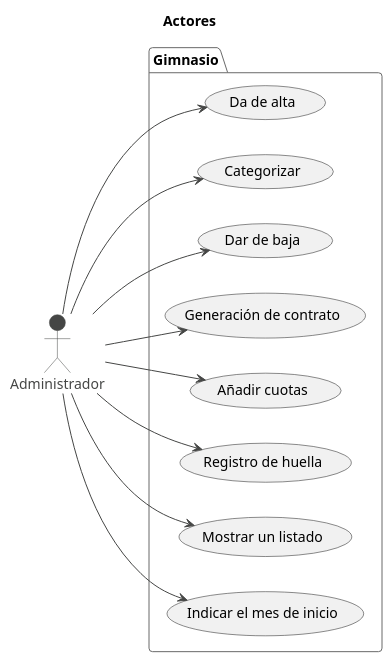
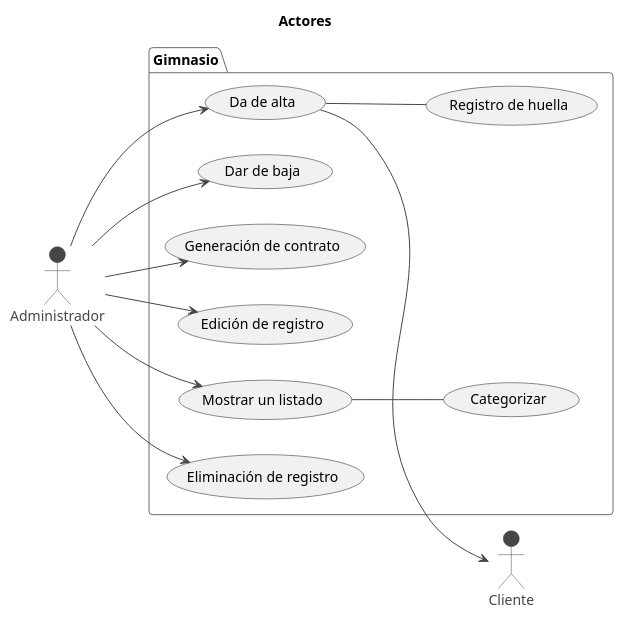
The diagram in gimnasio/diagramaActores.plantuml (josueMerino/TFG-Docs), drawn with PlantUML before and after one commit.

Commit message:
diagrama de actores de gimnasio

```diff
--- a/gimnasio/diagramaActores.plantuml
+++ b/gimnasio/diagramaActores.plantuml
@@ -1,26 +1,31 @@
 @startuml
 !theme vibrant
 left to right direction
 title Actores
 Administrador as Admin
+Cliente as Client
 
 package Gimnasio {
  usecase "Da de alta" as UC1
  usecase "Categorizar" as UC2
  usecase "Dar de baja" as UC3
  usecase "Generación de contrato" as UC4
- usecase "Añadir cuotas" as UC5
+ usecase "Edición de registro" as UC5
  usecase "Registro de huella" as UC6
  usecase "Mostrar un listado" as UC7
- usecase "Indicar el mes de inicio" as UC8
+ usecase "Eliminación de registro" as UC8
 }
 
 Admin --> UC1
-Admin --> UC2
 Admin --> UC3
 Admin --> UC4
 Admin --> UC5
-Admin --> UC6
 Admin --> UC7
 Admin --> UC8
+
+UC1 -- UC6
+UC1 --> Client
+
+UC7 -- UC2
+
 @enduml
```
